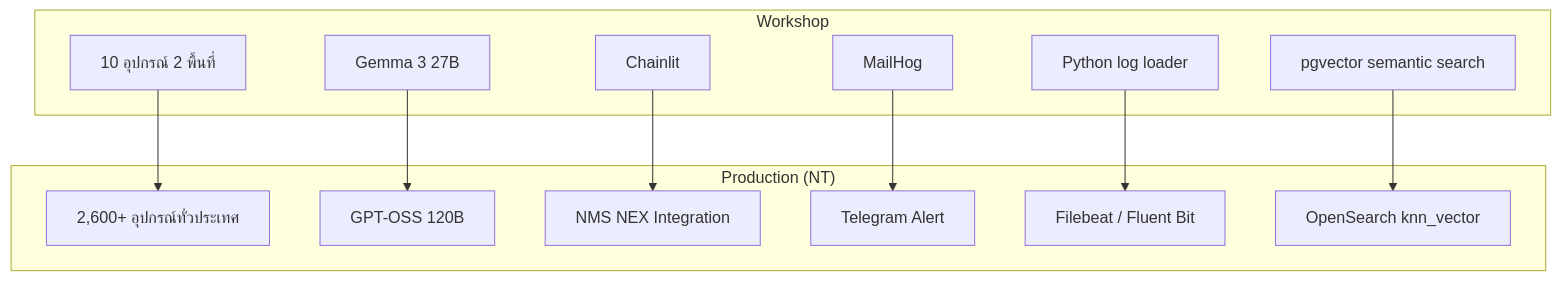
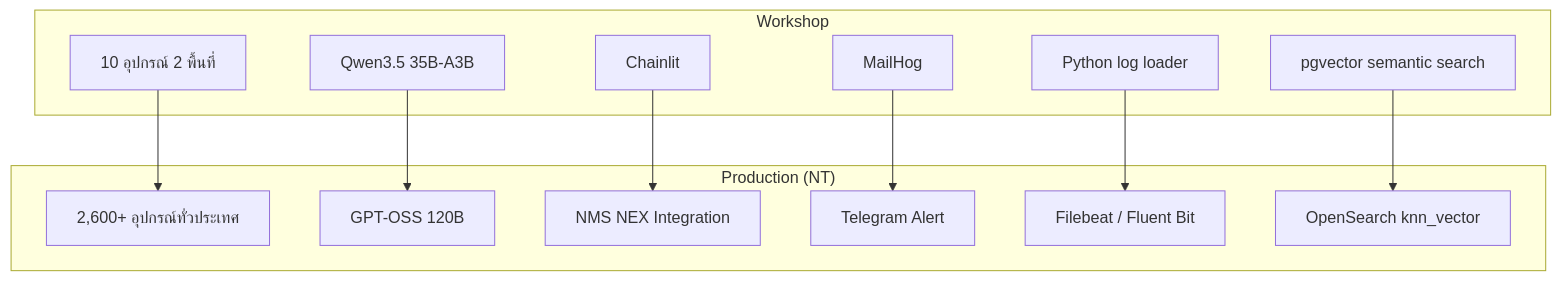
The diagram in instructions/reference/production-mapping.md (LLM-CE-KMITL/mcp-workshop), drawn with Mermaid before and after one commit. The commit also changed 43 other files, not shown here.

````diff
--- a/instructions/reference/production-mapping.md
+++ b/instructions/reference/production-mapping.md
@@ -10,25 +10,25 @@
 ```mermaid
 flowchart TB
     subgraph W["Workshop"]
         W1["10 อุปกรณ์ 2 พื้นที่"]
-        W2["Gemma 3 27B"]
+        W2["Qwen3.5 35B-A3B"]
         W3["Chainlit"]
         W4["MailHog"]
         W5["Python log loader"]
         W6["pgvector semantic search"]
     end
     subgraph P["Production (NT)"]
         P1["2,600+ อุปกรณ์ทั่วประเทศ"]
         P2["GPT-OSS 120B"]
         P3["NMS NEX Integration"]
         P4["Telegram Alert"]
         P5["Filebeat / Fluent Bit"]
         P6["OpenSearch knn_vector"]
     end
     W1 --> P1
     W2 --> P2
     W3 --> P3
     W4 --> P4
     W5 --> P5
     W6 --> P6
 ```
````
